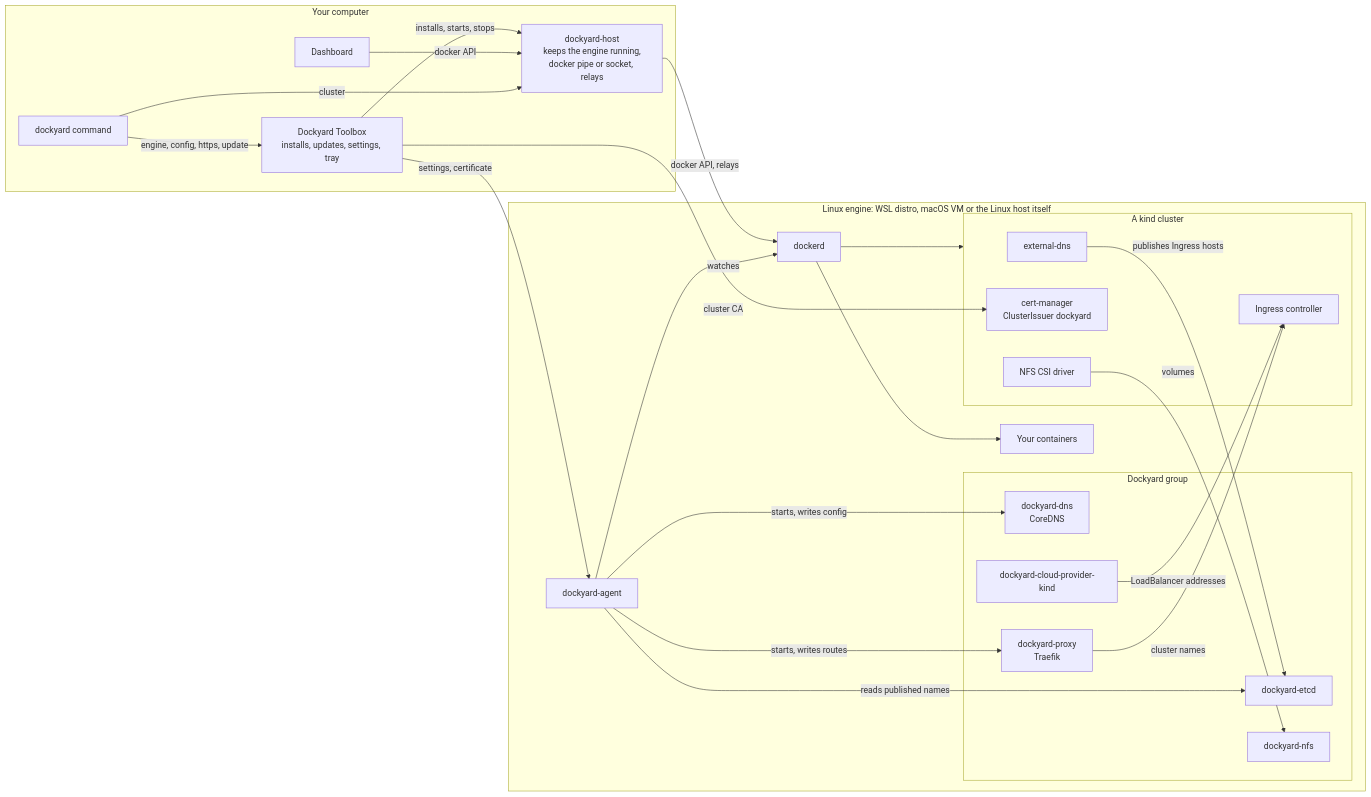
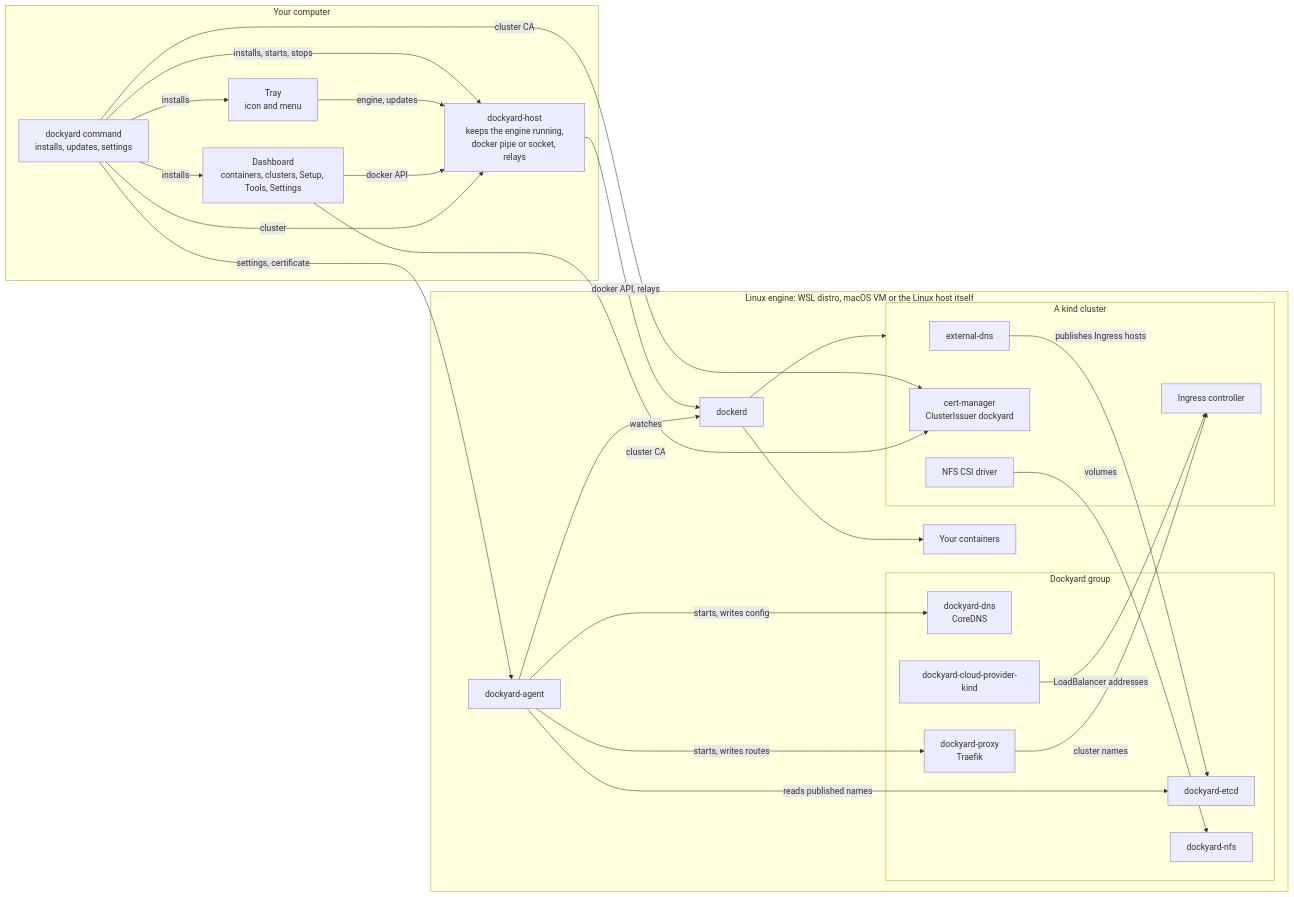
One commit to byhofman/dockyard changed the first of 3 diagrams in README.md. Above: the diagram before and after it, drawn with Mermaid. The commit also changed other lines of this file and 405 other files, not shown here.

First line of the commit message:
The dockyard CLI installs everything; the Toolbox folds into the dashboard (DOK-59, DOK-60, DOK-41) (#114)

````diff
--- a/README.md
+++ b/README.md
@@ -115,44 +131,47 @@
 ```mermaid
 flowchart LR
   subgraph Computer["Your computer"]
-    Toolbox["Dockyard Toolbox<br/>installs, updates, settings, tray"]
-    Dashboard["Dashboard"]
-    CLI["dockyard command"]
+    CLI["dockyard command<br/>installs, updates, settings"]
+    Tray["Tray<br/>icon and menu"]
+    Dashboard["Dashboard<br/>containers, clusters, Setup, Tools, Settings"]
     Host["dockyard-host<br/>keeps the engine running,<br/>docker pipe or socket, relays"]
   end
   subgraph Engine["Linux engine: WSL distro, macOS VM or the Linux host itself"]
     Docker["dockerd"]
     Agent["dockyard-agent"]
     subgraph Group["Dockyard group"]
       DNS["dockyard-dns<br/>CoreDNS"]
       Proxy["dockyard-proxy<br/>Traefik"]
       Etcd["dockyard-etcd"]
       CPK["dockyard-cloud-provider-kind"]
       NFS["dockyard-nfs"]
     end
     Yours["Your containers"]
     subgraph Kind["A kind cluster"]
       ExtDNS["external-dns"]
       CM["cert-manager<br/>ClusterIssuer dockyard"]
       CSI["NFS CSI driver"]
       Ingress["Ingress controller"]
     end
   end
-  Toolbox -- "installs, starts, stops" --> Host
-  Toolbox -- "settings, certificate" --> Agent
-  CLI -- "engine, config, https, update" --> Toolbox
+  CLI -- "installs, starts, stops" --> Host
+  CLI -- "settings, certificate" --> Agent
+  CLI -- "installs" --> Tray
+  CLI -- "installs" --> Dashboard
+  Tray -- "engine, updates" --> Host
   Dashboard -- "docker API" --> Host
   CLI -- "cluster" --> Host
   Host -- "docker API, relays" --> Docker
   Docker --> Yours
   Docker --> Kind
   Agent -- "watches" --> Docker
   Agent -- "starts, writes config" --> DNS
   Agent -- "starts, writes routes" --> Proxy
   Agent -- "reads published names" --> Etcd
   ExtDNS -- "publishes Ingress hosts" --> Etcd
   CSI -- "volumes" --> NFS
   CPK -- "LoadBalancer addresses" --> Ingress
   Proxy -- "cluster names" --> Ingress
-  Toolbox -- "cluster CA" --> CM
+  CLI -- "cluster CA" --> CM
+  Dashboard -- "cluster CA" --> CM
 ```
````
